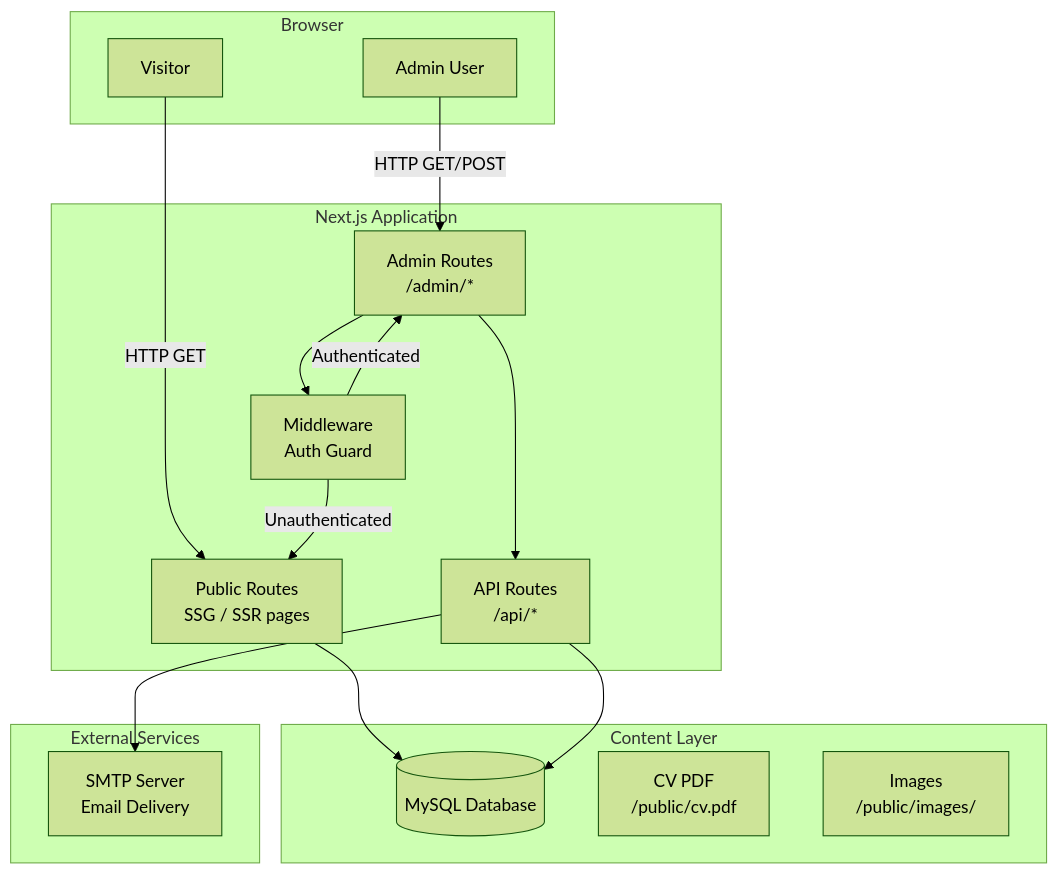
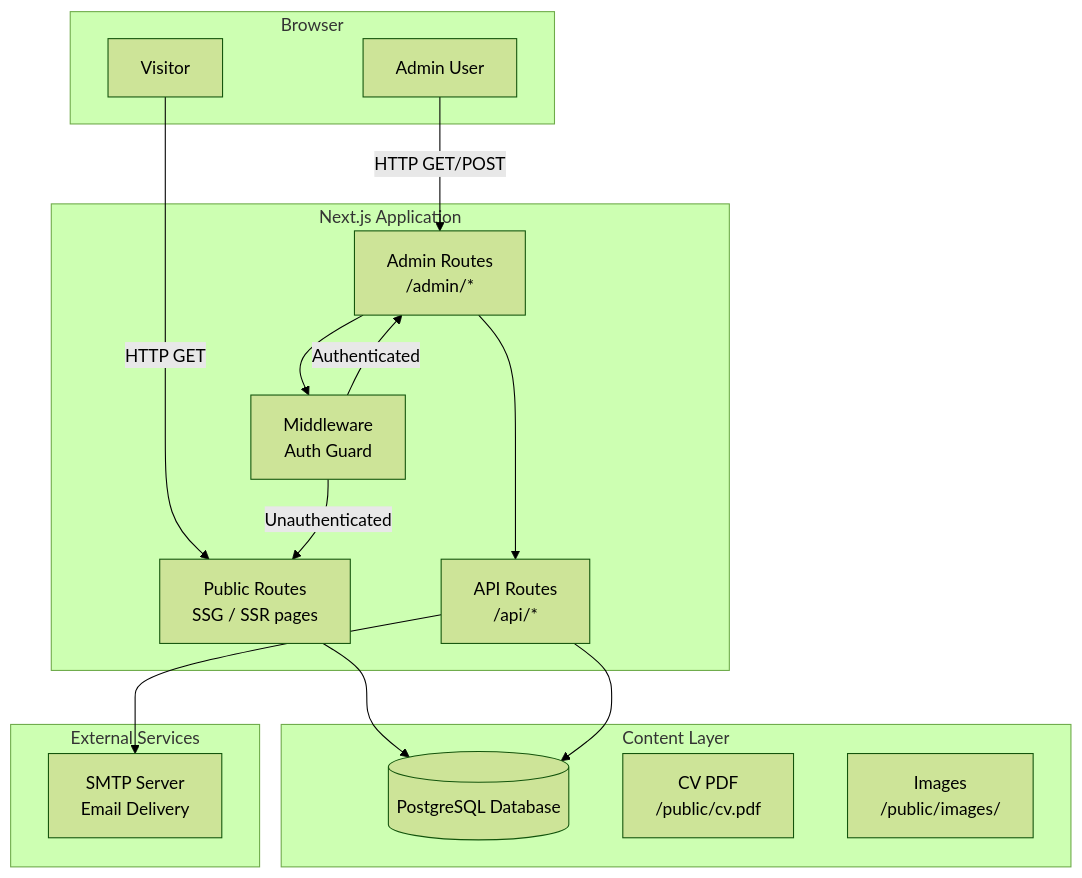
Before and after one commit to masalagosimon442-dotcom/Mbita-emmanuel: the first of 3 diagrams in .kiro/specs/professor-personal-website/design.md, drawn with Mermaid (forest theme). The commit also changed other lines of this file and 78 other files, not shown here.

````diff
--- a/.kiro/specs/professor-personal-website/design.md
+++ b/.kiro/specs/professor-personal-website/design.md
@@ -38,34 +38,34 @@
 ```mermaid
 graph TD
     subgraph Browser
         V[Visitor]
         A[Admin User]
     end
 
     subgraph Next.js Application
         PR[Public Routes<br/>SSG / SSR pages]
         AR[Admin Routes<br/>/admin/*]
         API[API Routes<br/>/api/*]
         MW[Middleware<br/>Auth Guard]
     end
 
     subgraph Content Layer
-        DB[(MySQL Database)]
+        DB[(PostgreSQL Database)]
         CV[CV PDF<br/>/public/cv.pdf]
         IMG[Images<br/>/public/images/]
     end
 
     subgraph External Services
         SMTP[SMTP Server<br/>Email Delivery]
     end
 
     V -->|HTTP GET| PR
     A -->|HTTP GET/POST| AR
     AR --> MW
     MW -->|Authenticated| AR
     MW -->|Unauthenticated| PR
     PR --> DB
     API --> DB
     API --> SMTP
     AR --> API
 ```
````
